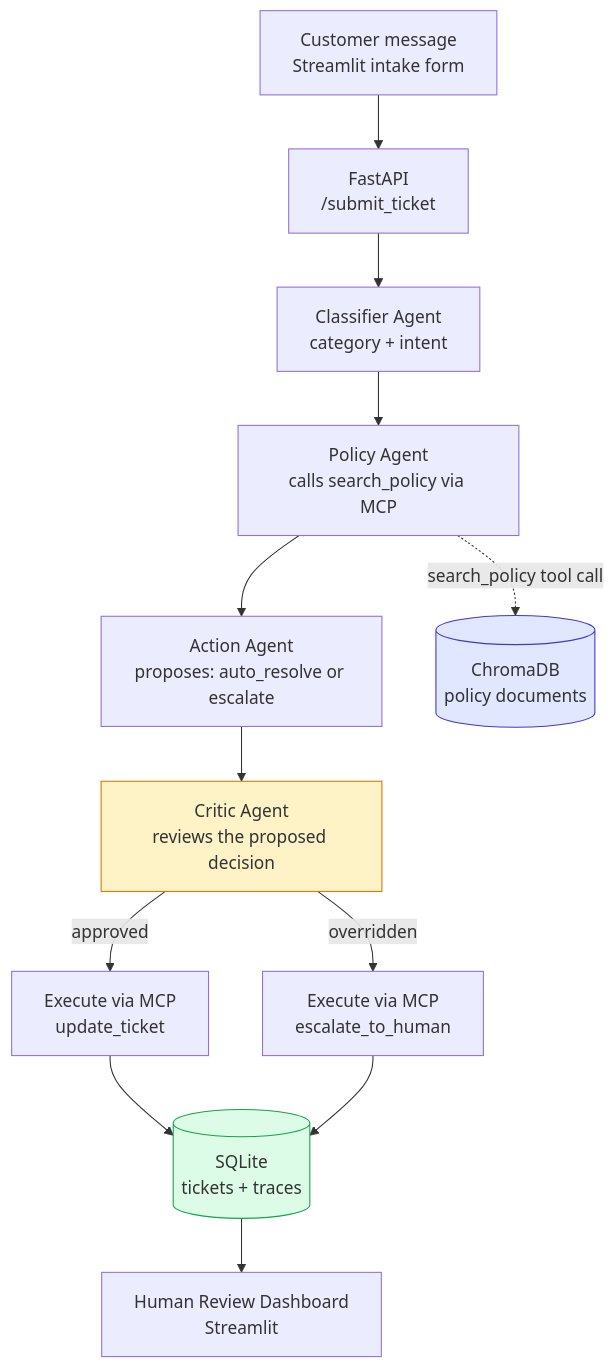
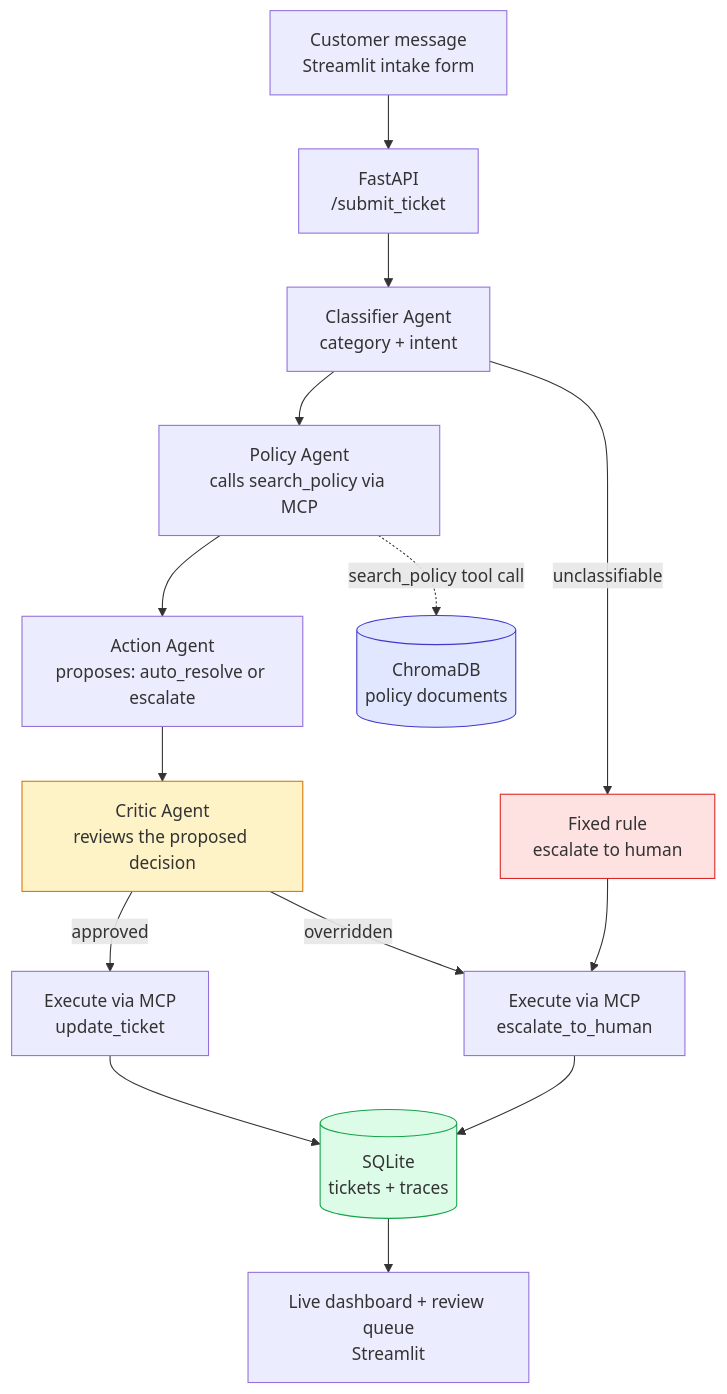
The diagram in README.md (Sindhu-Vadde/sribhava-multi-agent-support-system), drawn with Mermaid before and after one commit. The commit also changed other lines of this file, not shown here.

Commit message:
Add live dashboard and update README with real numbers

````diff
--- a/README.md
+++ b/README.md
@@ -18,19 +20,22 @@
 ```mermaid
 flowchart TD
     A[Customer message<br/>Streamlit intake form] --> B[FastAPI<br/>/submit_ticket]
     B --> C[Classifier Agent<br/>category + intent]
+    C -->|unclassifiable| R[Fixed rule<br/>escalate to human]
     C --> D[Policy Agent<br/>calls search_policy via MCP]
     D --> E[Action Agent<br/>proposes: auto_resolve or escalate]
     E --> F[Critic Agent<br/>reviews the proposed decision]
     F -->|approved| G[Execute via MCP<br/>update_ticket]
     F -->|overridden| H[Execute via MCP<br/>escalate_to_human]
+    R --> H
     G --> I[(SQLite<br/>tickets + traces)]
     H --> I
-    I --> J[Human Review Dashboard<br/>Streamlit]
+    I --> J[Live dashboard + review queue<br/>Streamlit]
 
     D -.->|search_policy tool call| K[(ChromaDB<br/>policy documents)]
 
     style F fill:#fef3c7,stroke:#d97706
+    style R fill:#fee2e2,stroke:#dc2626
     style K fill:#e0e7ff,stroke:#4338ca
     style I fill:#dcfce7,stroke:#16a34a
 ```
````
